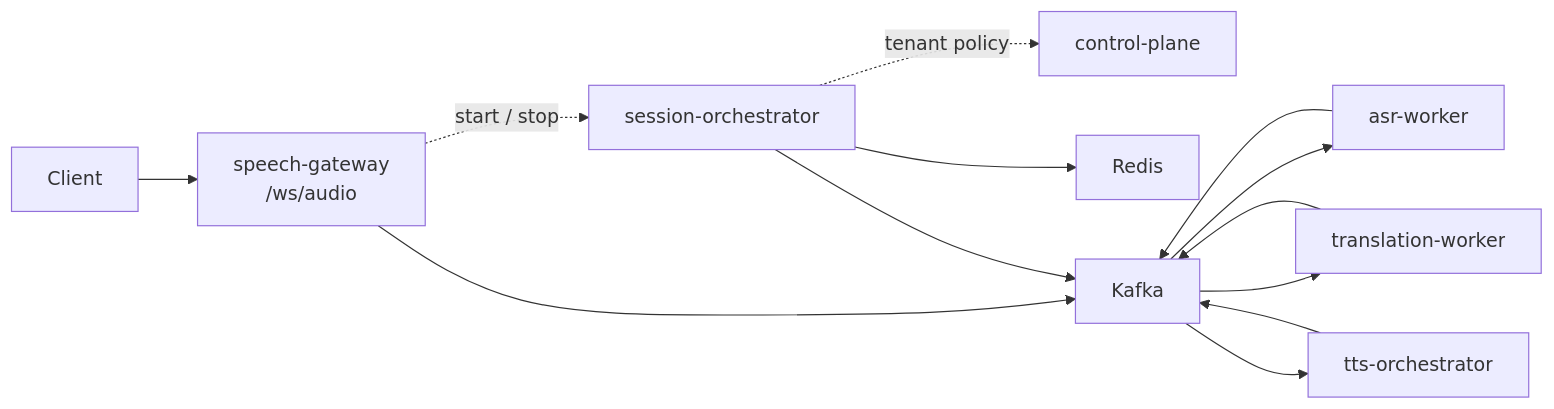
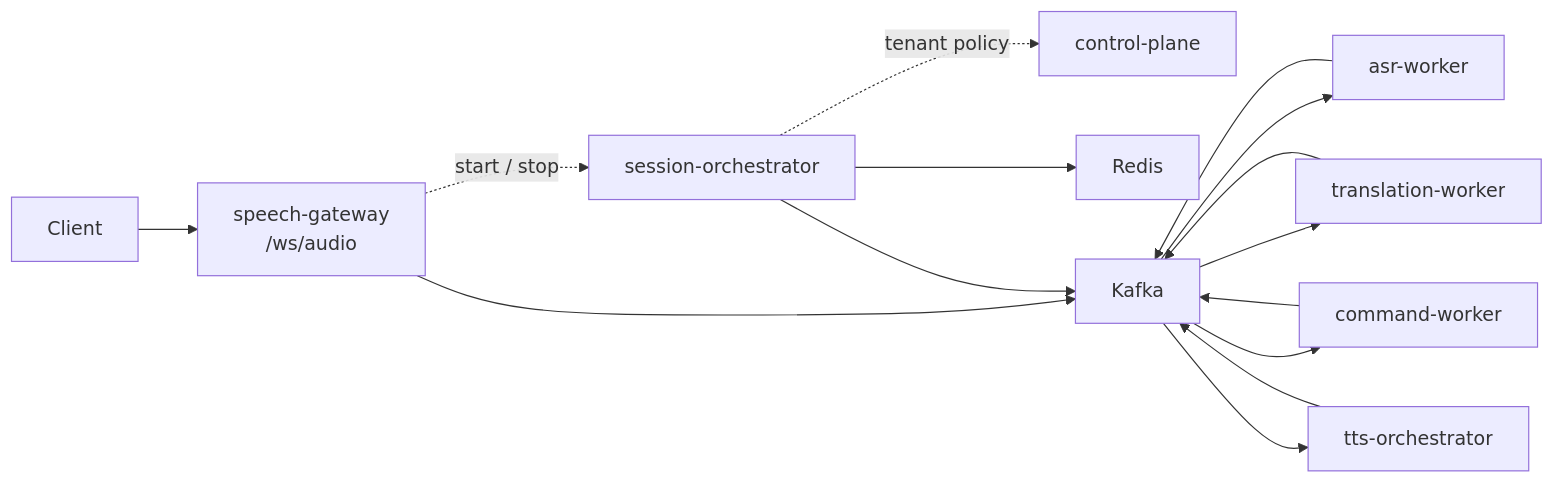
The first of 2 diagrams in docs/architecture.md (reSipWebRTC/kafka-as), drawn with Mermaid before and after one commit. The commit also changed other lines of this file and 9 other files, not shown here.

````diff
--- a/docs/architecture.md
+++ b/docs/architecture.md
@@ -32,15 +32,17 @@
 ```mermaid
 flowchart LR
     C["Client"] --> G["speech-gateway<br/>/ws/audio"]
     G -. "start / stop" .-> O["session-orchestrator"]
     O -. "tenant policy" .-> CP["control-plane"]
     O --> R["Redis"]
     G --> K["Kafka"]
     O --> K
     K --> A["asr-worker"]
     A --> K
     K --> T["translation-worker"]
     T --> K
+    K --> CW["command-worker"]
+    CW --> K
     K --> TS["tts-orchestrator"]
     TS --> K
 ```
````
